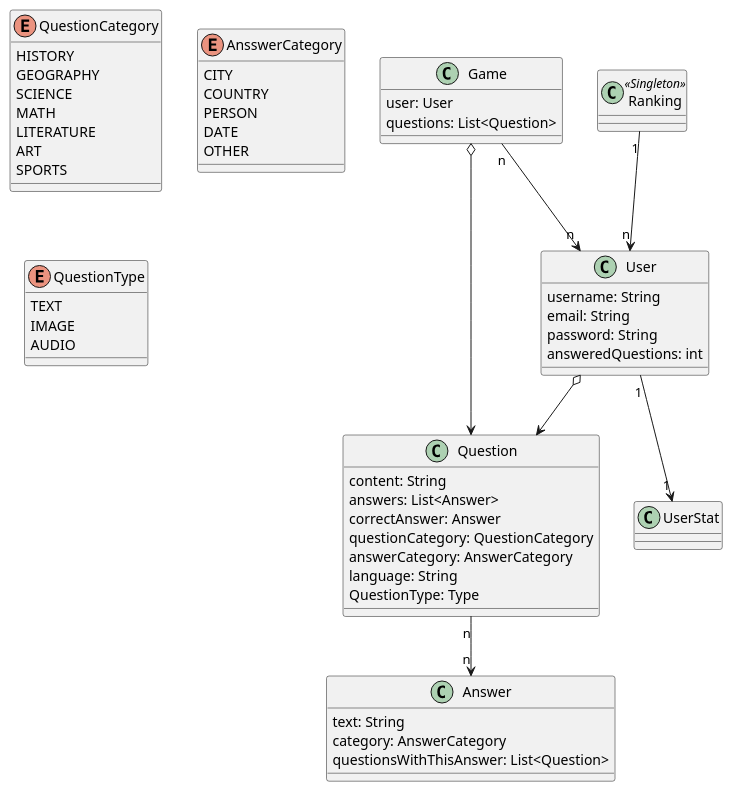
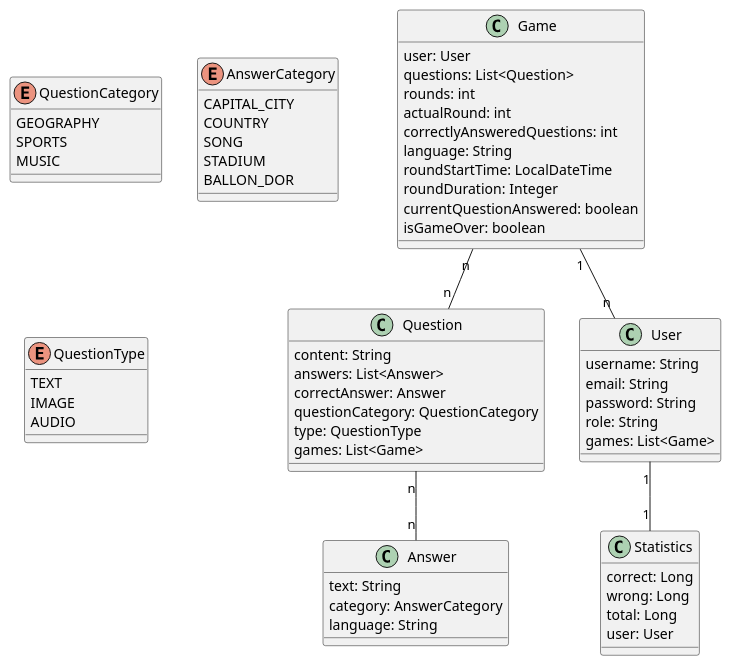
One commit to Arquisoft/wiq_en2b changed the diagram in docs/src/08_concepts.adoc. Above: the diagram before and after it, drawn with PlantUML.

Commit message:
Chore: Updated the model

```diff
--- a/docs/src/08_concepts.adoc
+++ b/docs/src/08_concepts.adoc
@@ -9,74 +9,74 @@
 [plantuml,"ConceptsDomainModel1",png]
 ----
 @startuml
-
 enum QuestionCategory {
-    HISTORY
     GEOGRAPHY
-    SCIENCE
-    MATH
-    LITERATURE
-    ART
     SPORTS
+    MUSIC
 }
 
-enum AnsswerCategory {
-    CITY
+enum AnswerCategory {
+    CAPITAL_CITY
     COUNTRY
-    PERSON
-    DATE
-    OTHER
+    SONG
+    STADIUM
+    BALLON_DOR
 }
 
 enum QuestionType{
     TEXT
     IMAGE
     AUDIO
 }
 
 class Question{
     content: String
     answers: List<Answer>
     correctAnswer: Answer
     questionCategory: QuestionCategory
-    answerCategory: AnswerCategory
-    language: String
-    QuestionType: Type
+    type: QuestionType
+    games: List<Game>
 }
 
 class User{
     username: String
     email: String
     password: String
-    answeredQuestions: int
+    role: String
+    games: List<Game>
 }
 
-class UserStat{
+class Statistics{
+    correct: Long
+    wrong: Long
+    total: Long
+    user: User
 }
 
 class Answer {
     text: String
     category: AnswerCategory
-    questionsWithThisAnswer: List<Question>
-
+    language: String
 }
 
 class Game {
     user: User
     questions: List<Question>
+    rounds: int
+    actualRound: int
+    correctlyAnsweredQuestions: int
+    language: String
+    roundStartTime: LocalDateTime
+    roundDuration: Integer
+    currentQuestionAnswered: boolean
+    isGameOver: boolean
 }
 
 
-class Ranking << Singleton >> {
-
-}
-
-User  o--> Question
-User "1" --> "1" UserStat
-Game  o--> Question
-Game "n" --> "n" User
-Question "n" --> "n" Answer
-Ranking "1" --> "n" User
+User "1"--"1" Statistics
+Game "n"--"n" Question
+Game "1" -- "n" User
+Question "n" -- "n" Answer
 
 @enduml
 ----
```
